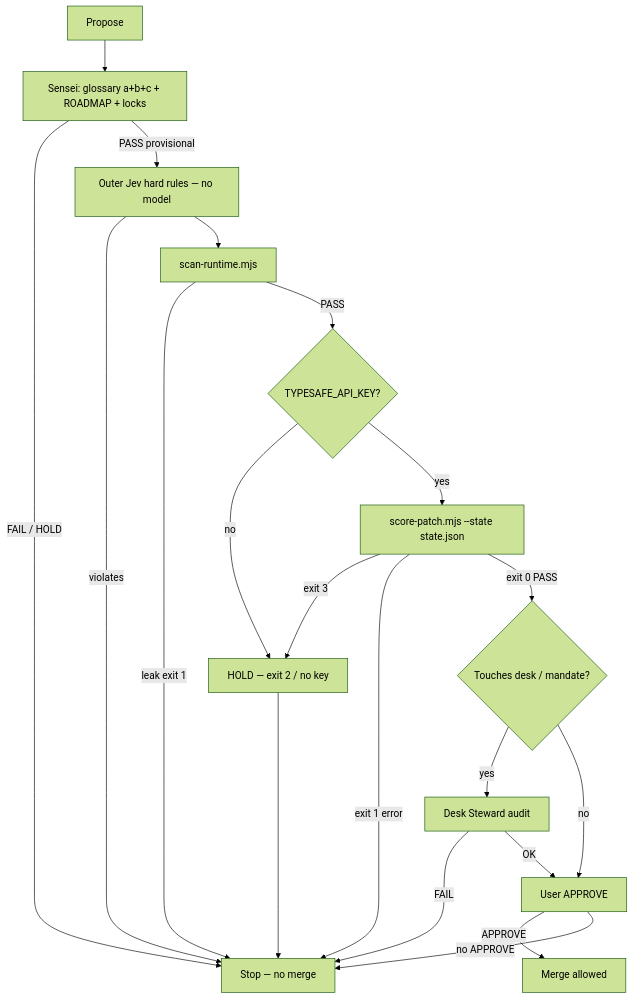
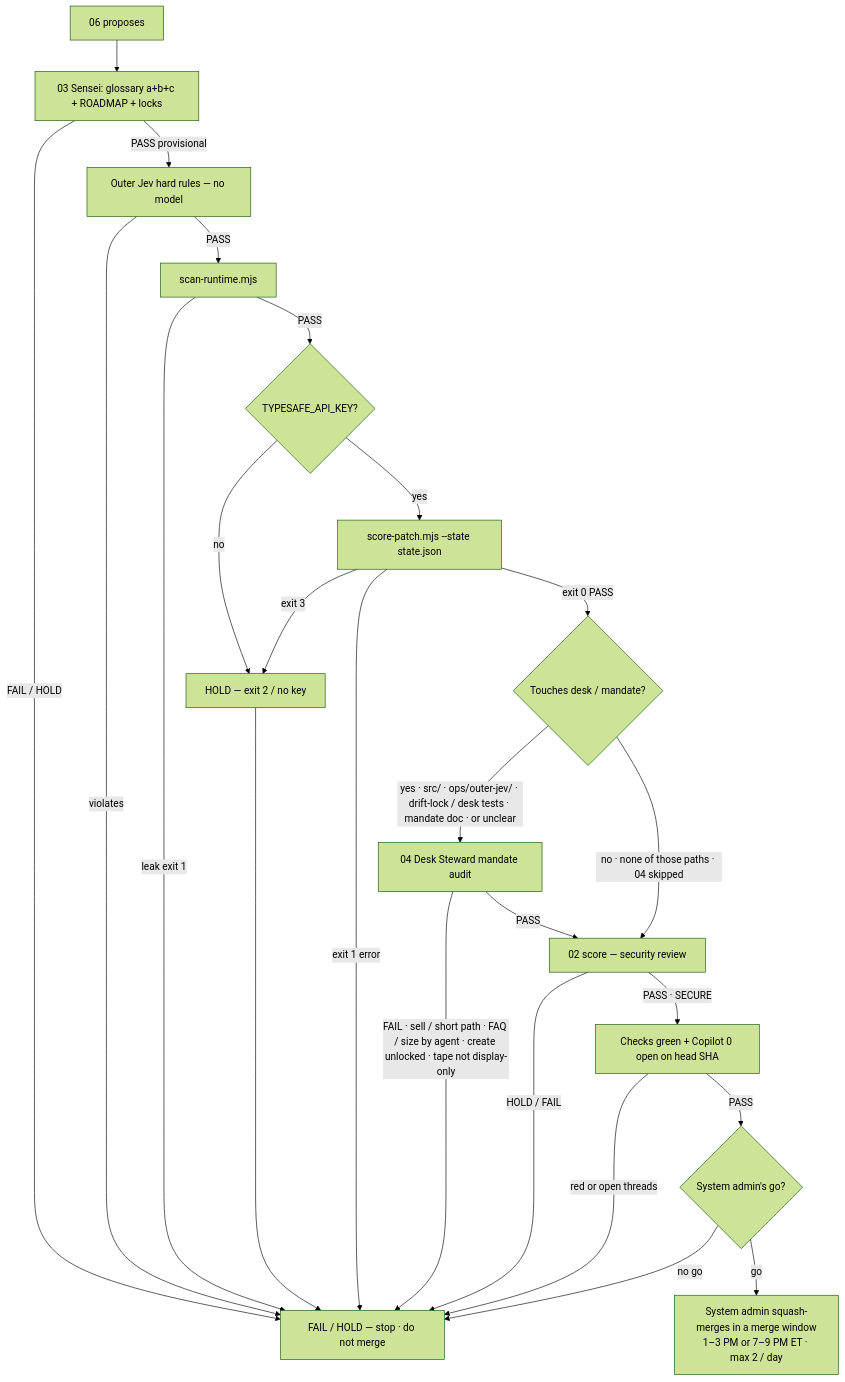
One commit to S1R1US-AI/lab3-visible-sandbox changed the second of 2 diagrams in ops/sensei/flows/07-lab3-bot-workflow.md. Above: the diagram before and after it, drawn with Mermaid (forest theme). The commit also changed other lines of this file and 2 other files, not shown here.

Commit message:
docs(sensei): fail-closed 03/04 paths in Flow 04; full canonical gate in Flow 07

````diff
--- a/ops/sensei/flows/07-lab3-bot-workflow.md
+++ b/ops/sensei/flows/07-lab3-bot-workflow.md
@@ -46,22 +69,26 @@
 ```mermaid
 flowchart TB
-  P[Propose] --> S[Sensei: glossary a+b+c + ROADMAP + locks]
-  S -->|FAIL / HOLD| X[Stop — no merge]
+  P[06 proposes] --> S[03 Sensei: glossary a+b+c + ROADMAP + locks]
+  S -->|FAIL / HOLD| X[FAIL / HOLD — stop · do not merge]
   S -->|PASS provisional| H[Outer Jev hard rules — no model]
   H -->|violates| X
-  H --> SR["scan-runtime.mjs"]
+  H -->|PASS| SR["scan-runtime.mjs"]
   SR -->|leak exit 1| X
   SR -->|PASS| K{TYPESAFE_API_KEY?}
   K -->|no| HOLD[HOLD — exit 2 / no key]
   K -->|yes| SP["score-patch.mjs --state state.json"]
   SP -->|exit 3| HOLD
   SP -->|exit 1 error| X
   SP -->|exit 0 PASS| DESK{Touches desk / mandate?}
   HOLD --> X
-  DESK -->|yes| ST[Desk Steward audit]
-  DESK -->|no| U[User APPROVE]
-  ST -->|FAIL| X
-  ST -->|OK| U
-  U -->|APPROVE| M[Merge allowed]
-  U -->|no APPROVE| X
+  DESK -->|"yes · src/ · ops/outer-jev/ · drift-lock / desk tests · mandate doc · or unclear"| ST[04 Desk Steward mandate audit]
+  DESK -->|"no · none of those paths · 04 skipped"| SEC[02 score — security review]
+  ST -->|"FAIL · sell / short path · FAQ / size by agent · create unlocked · tape not display-only"| X
+  ST -->|PASS| SEC
+  SEC -->|HOLD / FAIL| X
+  SEC -->|PASS · SECURE| CI["Checks green + Copilot 0 open on head SHA"]
+  CI -->|red or open threads| X
+  CI -->|PASS| GO{System admin's go?}
+  GO -->|no go| X
+  GO -->|go| M["System admin squash-merges in a merge window<br/>1–3 PM or 7–9 PM ET · max 2 / day"]
 ```
````
